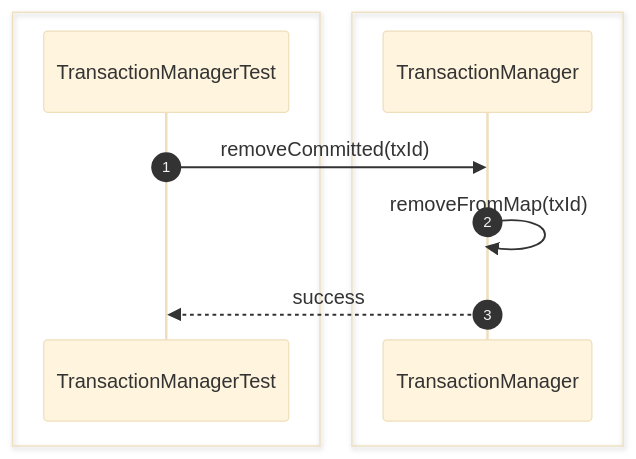
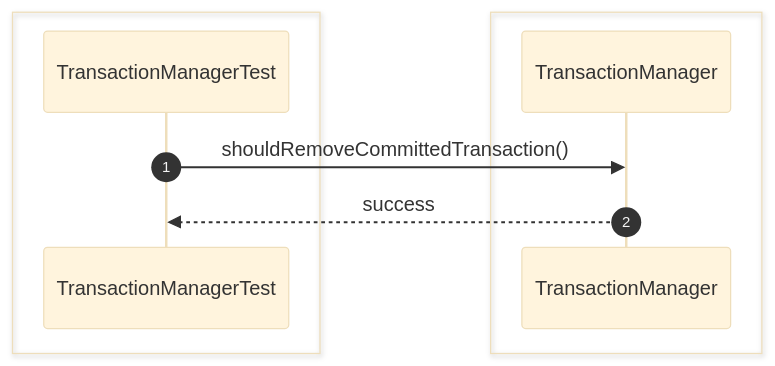
Before and after one commit to Huy1801214/dbms-architecture: the eighth of 54 diagrams in src/sequence/transaction.md, drawn with Mermaid (base theme). The commit also changed other lines of this file and 68 other files, not shown here.

Commit message:
implement comprehensive unit test suite and architectural sequence documentation

````diff
--- a/src/sequence/transaction.md
+++ b/src/sequence/transaction.md
@@ -135,15 +111,13 @@
 ```mermaid
 sequenceDiagram
     autonumber
-
     box #e1f5fe Test Suite
     participant Test as TransactionManagerTest
     end
-    box #ffebee Transaction Components
-    participant Manager as TransactionManager
+    box #ffebee TransactionManager Component
+    participant TM as TransactionManager
     end
 
-    Test->>Manager: removeCommitted(txId)
-    Manager->>Manager: removeFromMap(txId)
-    Manager-->>Test: success
+    Test->>TM: shouldRemoveCommittedTransaction()
+    TM-->>Test: success
 ```
````
